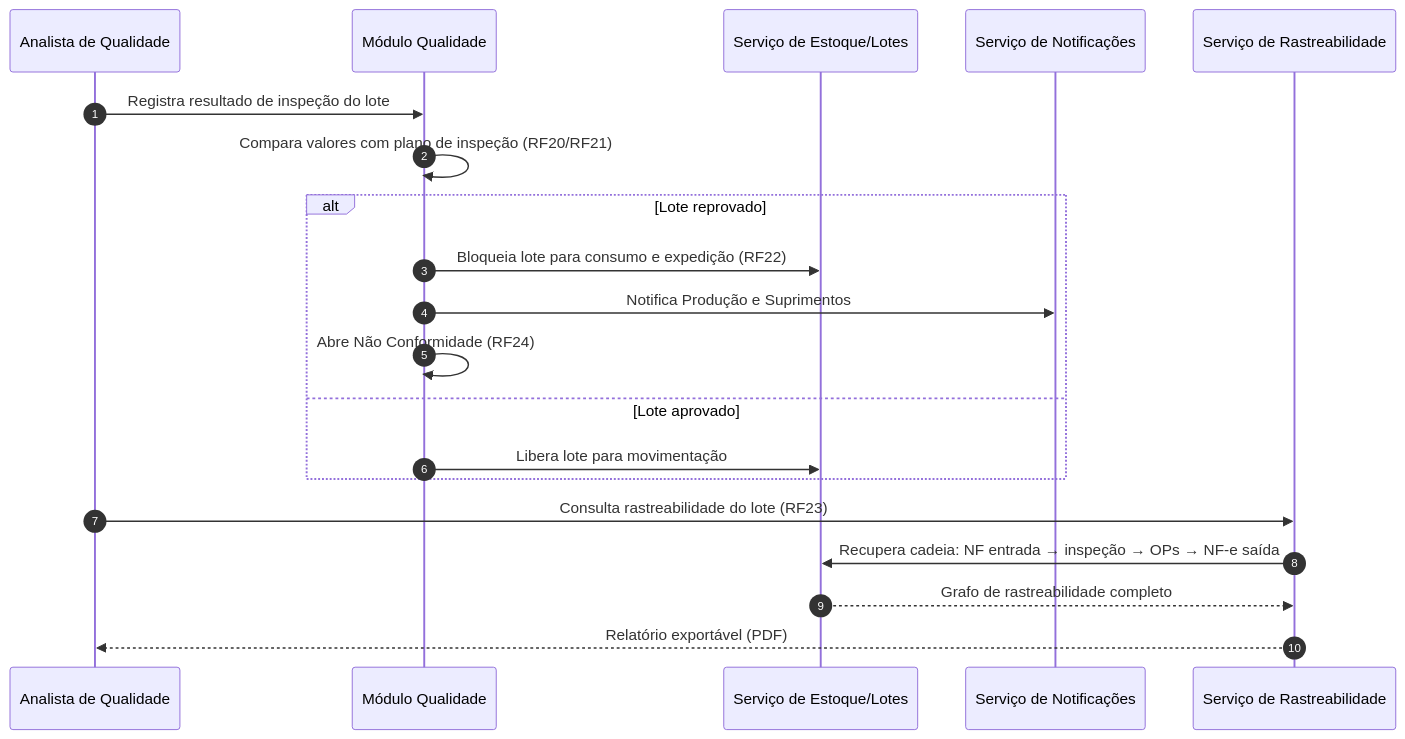
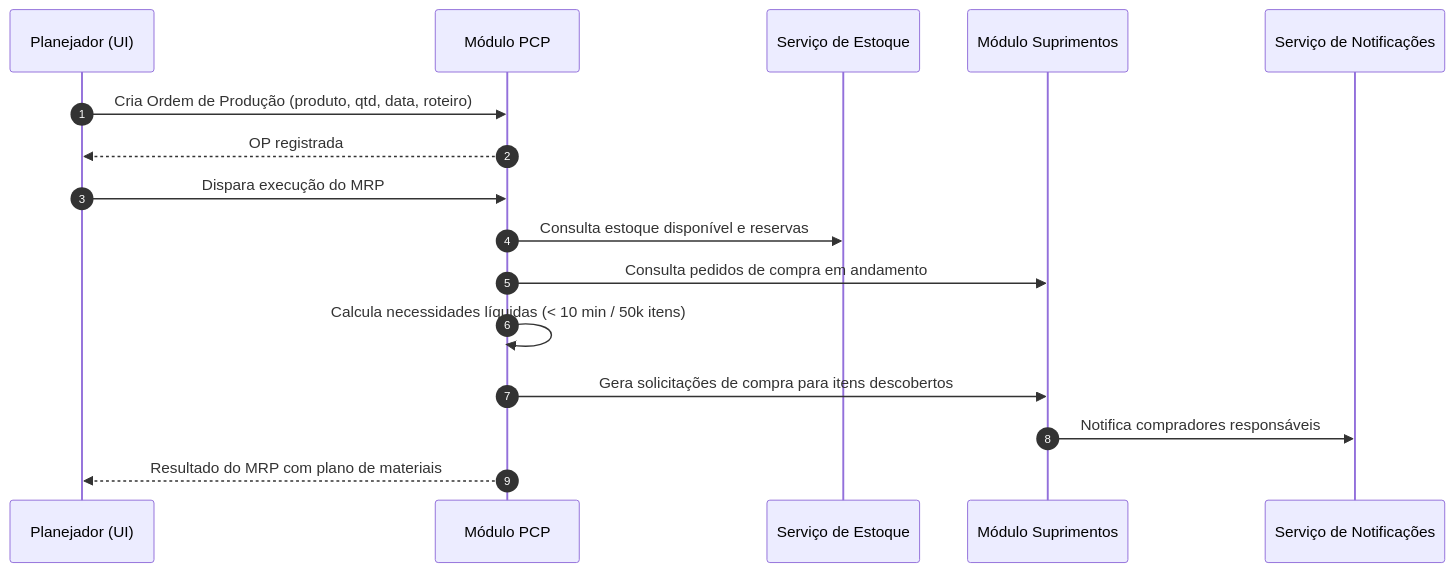
One commit to PDC-ESIA/AI4ES changed the third of 3 diagrams in docs/Time_2_Design/analise-qualitativa/outputs/relatorio_claude_fable_5_G03.md. Above: the diagram before and after it, drawn with Mermaid. The commit also changed other lines of this file and 107 other files, not shown here.

````diff
--- a/docs/Time_2_Design/analise-qualitativa/outputs/relatorio_claude_fable_5_G03.md
+++ b/docs/Time_2_Design/analise-qualitativa/outputs/relatorio_claude_fable_5_G03.md
@@ -135,23 +120,19 @@
 ```mermaid
 sequenceDiagram
     autonumber
-    participant AQ as Analista de Qualidade
-    participant QLT as Módulo Qualidade
-    participant EST as Serviço de Estoque/Lotes
-    participant NOT as Serviço de Notificações
-    participant RST as Serviço de Rastreabilidade
+    participant PL as Planejador (UI)
+    participant PCP as Módulo PCP
+    participant EST as Serviço de Estoque
+    participant SUP as Módulo Suprimentos
+    participant NOTIF as Serviço de Notificações
 
-    AQ->>QLT: Registra resultado de inspeção do lote
-    QLT->>QLT: Compara valores com plano de inspeção (RF20/RF21)
-    alt Lote reprovado
-        QLT->>EST: Bloqueia lote para consumo e expedição (RF22)
-        QLT->>NOT: Notifica Produção e Suprimentos
-        QLT->>QLT: Abre Não Conformidade (RF24)
-    else Lote aprovado
-        QLT->>EST: Libera lote para movimentação
-    end
-    AQ->>RST: Consulta rastreabilidade do lote (RF23)
-    RST->>EST: Recupera cadeia: NF entrada → inspeção → OPs → NF-e saída
-    EST-->>RST: Grafo de rastreabilidade completo
-    RST-->>AQ: Relatório exportável (PDF)
+    PL->>PCP: Cria Ordem de Produção (produto, qtd, data, roteiro)
+    PCP-->>PL: OP registrada
+    PL->>PCP: Dispara execução do MRP
+    PCP->>EST: Consulta estoque disponível e reservas
+    PCP->>SUP: Consulta pedidos de compra em andamento
+    PCP->>PCP: Calcula necessidades líquidas (< 10 min / 50k itens)
+    PCP->>SUP: Gera solicitações de compra para itens descobertos
+    SUP->>NOTIF: Notifica compradores responsáveis
+    PCP-->>PL: Resultado do MRP com plano de materiais
 ```
````
